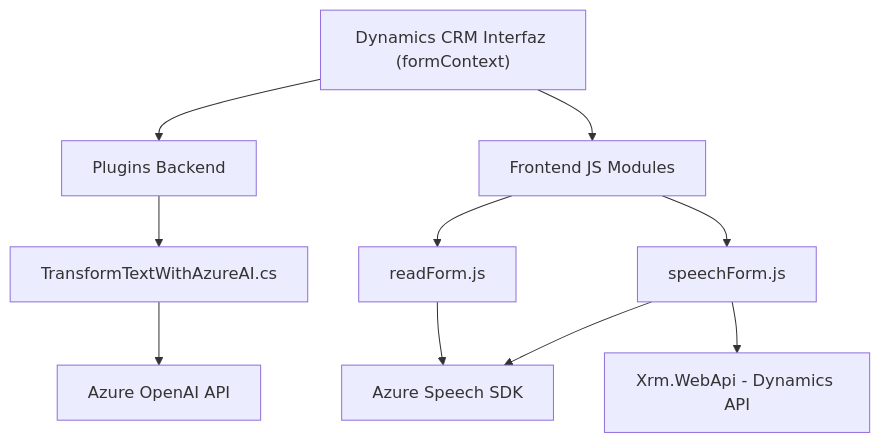
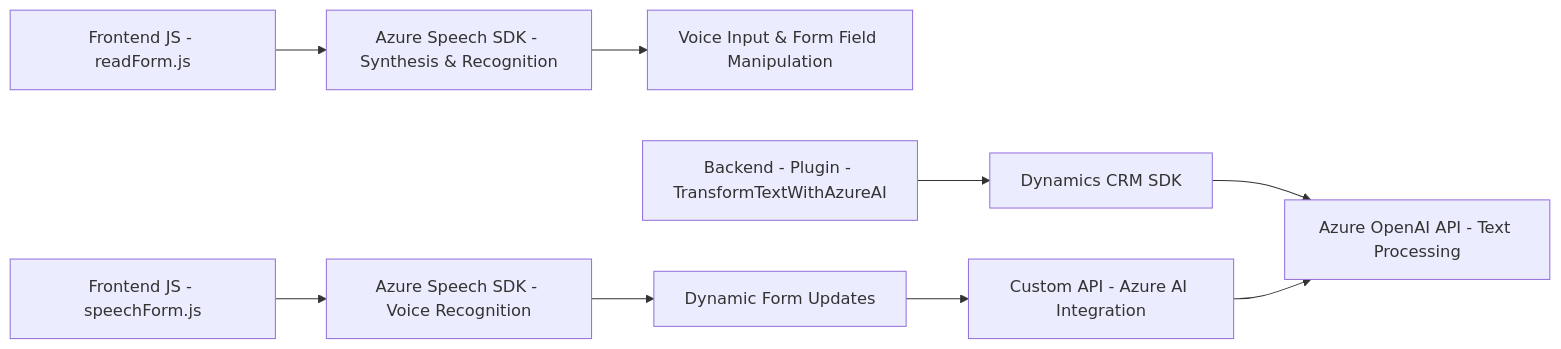
Before and after one commit to blopezdm/NETCORE_BILBAO2025: the diagram in README.md, drawn with Mermaid. The commit also changed other lines of this file, not shown here.

````diff
--- a/README.md
+++ b/README.md
@@ -39,12 +39,14 @@
 ```mermaid
-graph TD
-    A["Dynamics CRM Interfaz (formContext)"] --> B["Plugins Backend"]
-    B --> C["TransformTextWithAzureAI.cs"]
-    C --> D["Azure OpenAI API"]
-    A --> E["Frontend JS Modules"]
-    E --> F["readForm.js"]
-    E --> G["speechForm.js"]
-    F --> H["Azure Speech SDK"]
-    G --> H
-    G --> I["Xrm.WebApi - Dynamics API"]
+graph LR
+  A["Frontend JS - readForm.js"] --> B["Azure Speech SDK - Synthesis & Recognition"]
+  B --> C["Voice Input & Form Field Manipulation"]
+
+  D["Frontend JS - speechForm.js"] --> E["Azure Speech SDK - Voice Recognition"]
+  E --> F["Dynamic Form Updates"]
+  F --> G["Custom API - Azure AI Integration"]
+
+  H["Backend - Plugin - TransformTextWithAzureAI"] --> I["Dynamics CRM SDK"]
+  I --> J["Azure OpenAI API - Text Processing"]
+
+  G --> J
 ```
````
